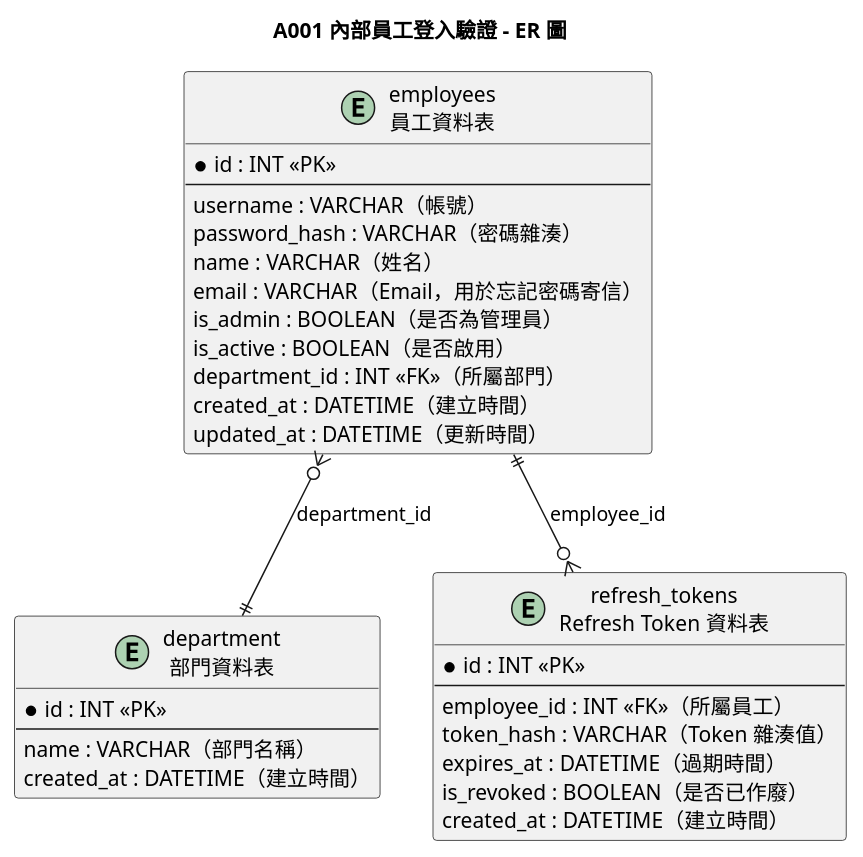
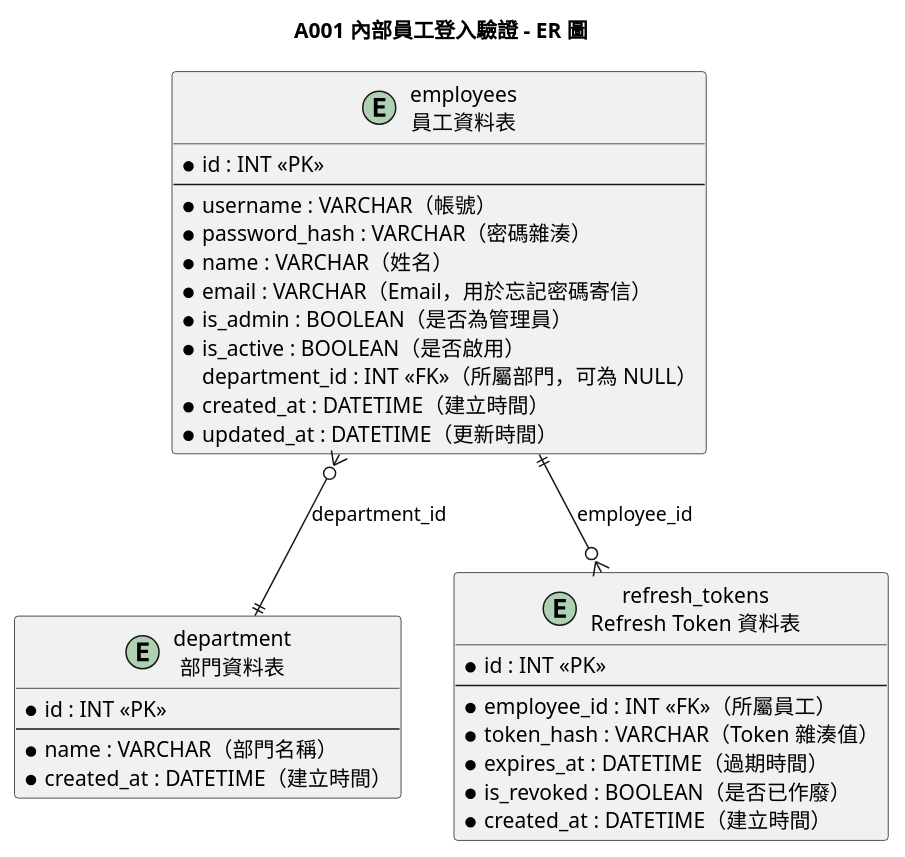
Before and after one commit to teyhawzhe/bento-uml: the diagram in output/A001/A001-er.puml, drawn with PlantUML. The commit also changed 8 other files, not shown here.

```diff
--- a/output/A001/A001-er.puml
+++ b/output/A001/A001-er.puml
@@ -1,39 +1,39 @@
 @startuml A001-er
 
 title A001 內部員工登入驗證 - ER 圖
 
 entity "employees\n員工資料表" as employees {
   * id : INT <<PK>>
   --
-  username : VARCHAR（帳號）
-  password_hash : VARCHAR（密碼雜湊）
-  name : VARCHAR（姓名）
-  email : VARCHAR（Email，用於忘記密碼寄信）
-  is_admin : BOOLEAN（是否為管理員）
-  is_active : BOOLEAN（是否啟用）
-  department_id : INT <<FK>>（所屬部門）
-  created_at : DATETIME（建立時間）
-  updated_at : DATETIME（更新時間）
+  * username : VARCHAR（帳號）
+  * password_hash : VARCHAR（密碼雜湊）
+  * name : VARCHAR（姓名）
+  * email : VARCHAR（Email，用於忘記密碼寄信）
+  * is_admin : BOOLEAN（是否為管理員）
+  * is_active : BOOLEAN（是否啟用）
+  department_id : INT <<FK>>（所屬部門，可為 NULL）
+  * created_at : DATETIME（建立時間）
+  * updated_at : DATETIME（更新時間）
 }
 
 entity "department\n部門資料表" as department {
   * id : INT <<PK>>
   --
-  name : VARCHAR（部門名稱）
-  created_at : DATETIME（建立時間）
+  * name : VARCHAR（部門名稱）
+  * created_at : DATETIME（建立時間）
 }
 
 entity "refresh_tokens\nRefresh Token 資料表" as refresh_tokens {
   * id : INT <<PK>>
   --
-  employee_id : INT <<FK>>（所屬員工）
-  token_hash : VARCHAR（Token 雜湊值）
-  expires_at : DATETIME（過期時間）
-  is_revoked : BOOLEAN（是否已作廢）
-  created_at : DATETIME（建立時間）
+  * employee_id : INT <<FK>>（所屬員工）
+  * token_hash : VARCHAR（Token 雜湊值）
+  * expires_at : DATETIME（過期時間）
+  * is_revoked : BOOLEAN（是否已作廢）
+  * created_at : DATETIME（建立時間）
 }
 
 employees }o--|| department : "department_id"
 employees ||--o{ refresh_tokens : "employee_id"
 
 @enduml
```
